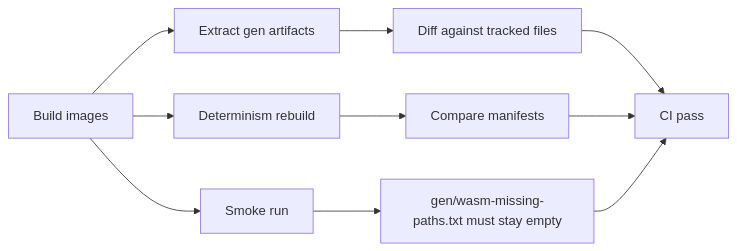
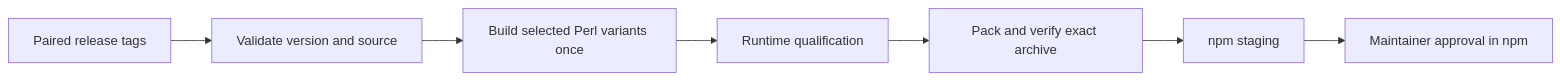
One commit to aspeer/zeroperl changed the fifth of 5 diagrams in ARCHITECTURE.md. Above: the diagram before and after it, drawn with Mermaid. The commit also changed other lines of this file and 25 other files, not shown here.

Commit message:
Stage project-versioned npm releases from paired Git tags

````diff
--- a/ARCHITECTURE.md
+++ b/ARCHITECTURE.md
@@ -328,12 +314,9 @@
 ```mermaid
 flowchart LR
-  Build[Build images] --> Smoke[Smoke run]
-  Build --> Extract[Extract gen artifacts]
-  Extract --> Diff[Diff against tracked files]
-  Build --> Rebuild[Determinism rebuild]
-  Rebuild --> Hash[Compare manifests]
-  Smoke --> Missing[gen/wasm-missing-paths.txt must stay empty]
-  Diff --> Pass[CI pass]
-  Hash --> Pass
-  Missing --> Pass
+  Tags[Paired release tags] --> Validate[Validate version and source]
+  Validate --> Build[Build selected Perl variants once]
+  Build --> Tests[Runtime qualification]
+  Tests --> Pack[Pack and verify exact archive]
+  Pack --> Stage[npm staging]
+  Stage --> Approve[Maintainer approval in npm]
 ```
````
